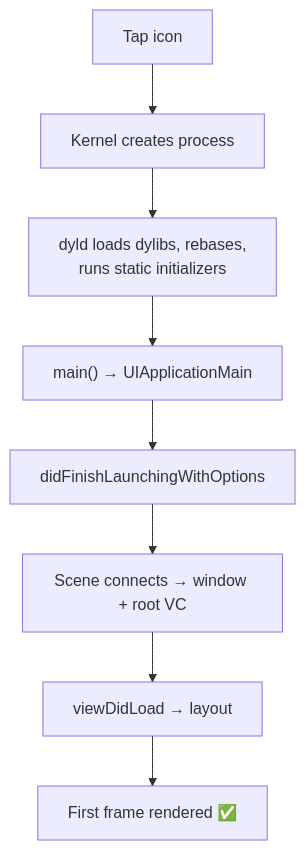
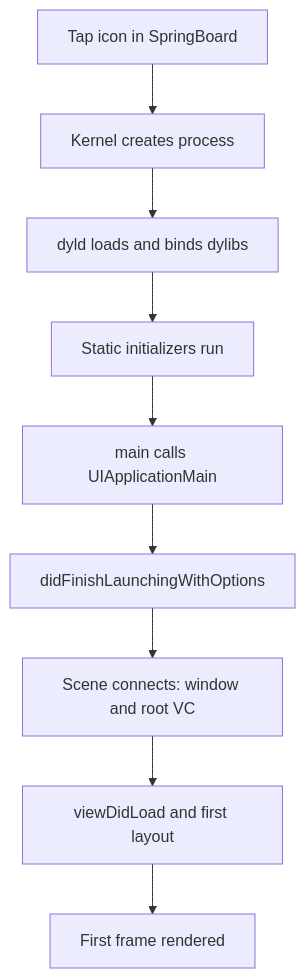
One commit to AkshayAshokCode/iOS-Interview-Questions-and-Answers changed the third of 15 diagrams in topics/08-ios-fundamentals.md. Above: the diagram before and after it, drawn with Mermaid. The commit also changed other lines of this file and 18 other files, not shown here.

````diff
--- a/topics/08-ios-fundamentals.md
+++ b/topics/08-ios-fundamentals.md
@@ -89,10 +290,11 @@
 ```mermaid
 flowchart TD
-    T["Tap icon"] --> K["Kernel creates process"]
-    K --> D["dyld loads dylibs, rebases,<br/>runs static initializers"]
-    D --> M["main() → UIApplicationMain"]
+    T["Tap icon in SpringBoard"] --> K["Kernel creates process"]
+    K --> D["dyld loads and binds dylibs"]
+    D --> I["Static initializers run"]
+    I --> M["main calls UIApplicationMain"]
     M --> AD["didFinishLaunchingWithOptions"]
-    AD --> SC["Scene connects → window + root VC"]
-    SC --> VL["viewDidLoad → layout"]
-    VL --> F["First frame rendered ✅"]
+    AD --> SC["Scene connects: window and root VC"]
+    SC --> VL["viewDidLoad and first layout"]
+    VL --> F["First frame rendered"]
 ```
````
